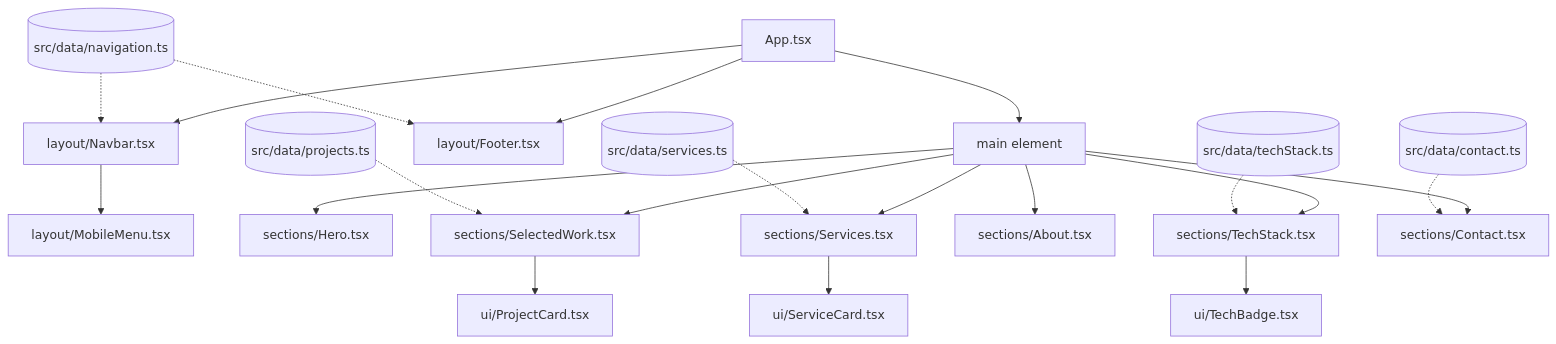
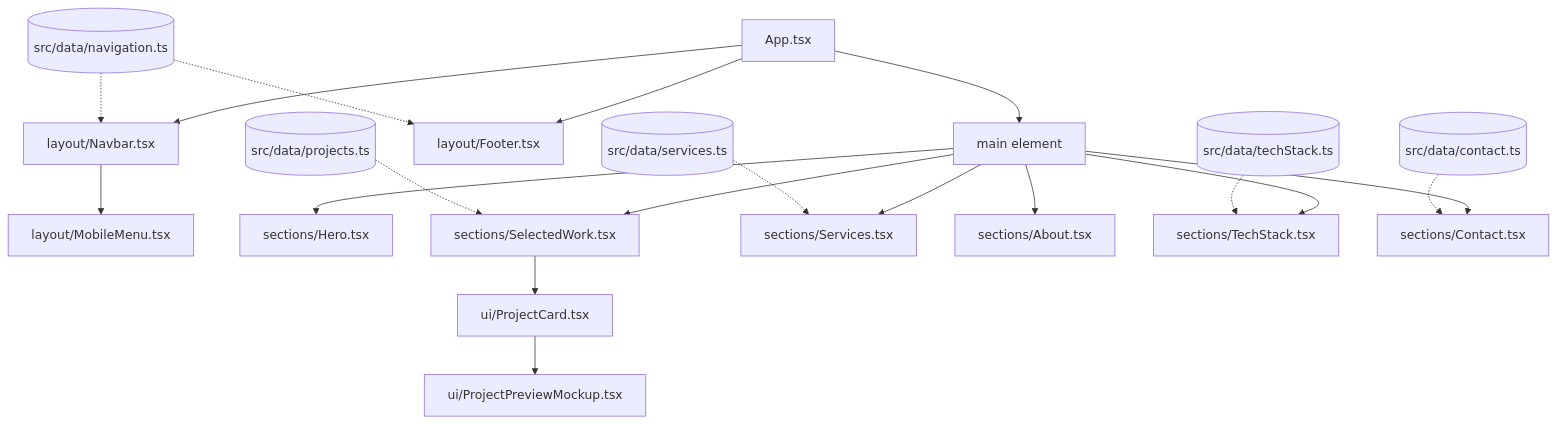
Before and after one commit to suardihaidar/dolonda: the diagram in docs/ARCHITECTURE.md, drawn with Mermaid. The commit also changed other lines of this file and 2 other files, not shown here.

````diff
--- a/docs/ARCHITECTURE.md
+++ b/docs/ARCHITECTURE.md
@@ -141,23 +138,22 @@
 ```mermaid
 graph TD
     App[App.tsx] --> Navbar[layout/Navbar.tsx]
     Navbar --> MobileMenu[layout/MobileMenu.tsx]
     App --> Main[main element]
     Main --> Hero[sections/Hero.tsx]
     Main --> SelectedWork[sections/SelectedWork.tsx]
     SelectedWork --> ProjectCard[ui/ProjectCard.tsx]
+    ProjectCard --> ProjectPreviewMockup[ui/ProjectPreviewMockup.tsx]
     Main --> Services[sections/Services.tsx]
-    Services --> ServiceCard[ui/ServiceCard.tsx]
     Main --> About[sections/About.tsx]
     Main --> TechStack[sections/TechStack.tsx]
-    TechStack --> TechBadge[ui/TechBadge.tsx]
     Main --> Contact[sections/Contact.tsx]
     App --> Footer[layout/Footer.tsx]
 
     DataProjects[(src/data/projects.ts)] -.-> SelectedWork
     DataServices[(src/data/services.ts)] -.-> Services
     DataTech[(src/data/techStack.ts)] -.-> TechStack
     DataNav[(src/data/navigation.ts)] -.-> Navbar
     DataNav -.-> Footer
     DataContact[(src/data/contact.ts)] -.-> Contact
 ```
````
